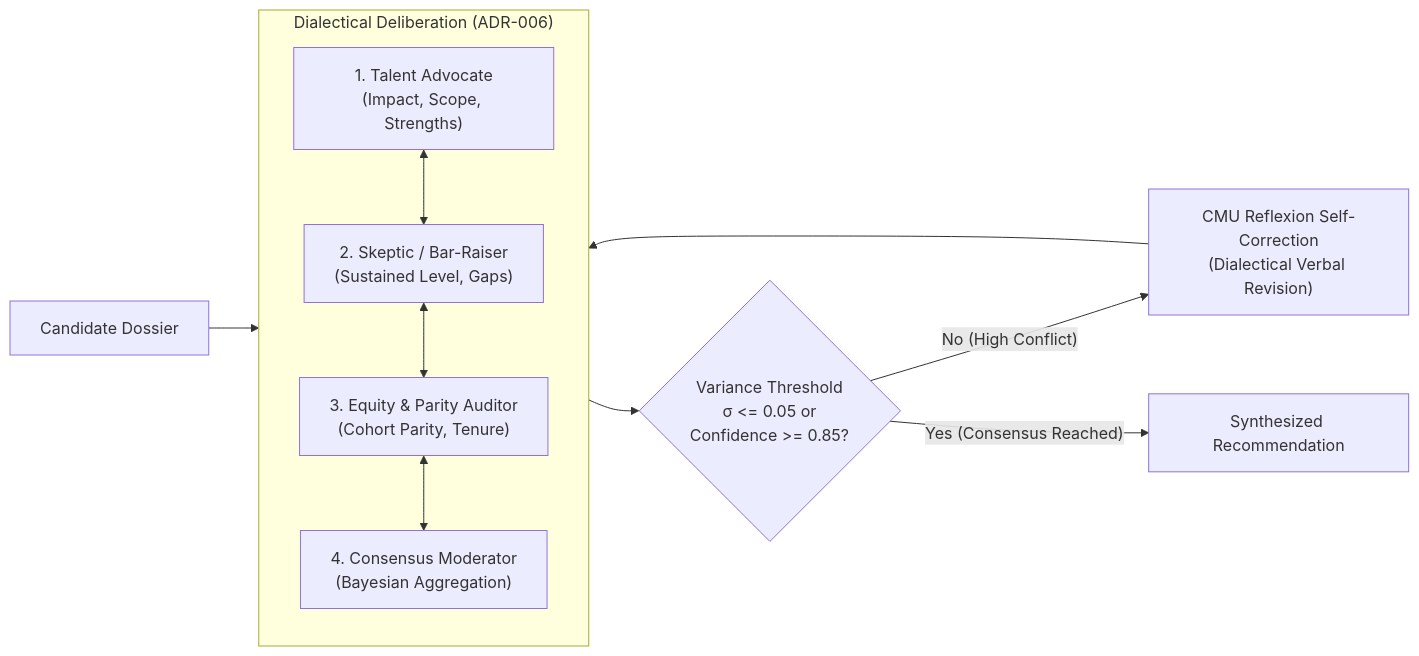
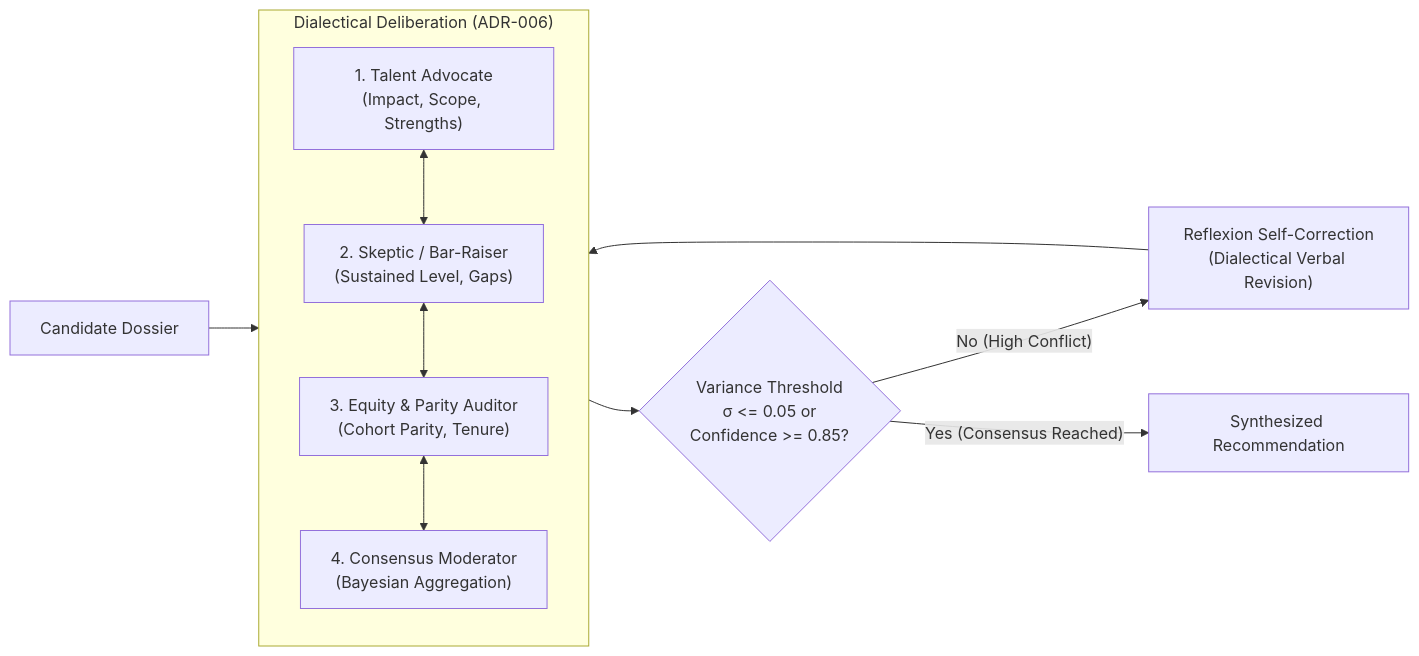
The third of 6 diagrams in docs/ARTICLES/architecting-enterprise-multi-agent-governance.md (pedrogriff/people-agent-mesh), drawn with Mermaid before and after one commit. The commit also changed other lines of this file and 16 other files, not shown here.

````diff
--- a/docs/ARTICLES/architecting-enterprise-multi-agent-governance.md
+++ b/docs/ARTICLES/architecting-enterprise-multi-agent-governance.md
@@ -211,20 +211,20 @@
 ```mermaid
 flowchart LR
     Nomination["Candidate Dossier"] --> Committee["Multi-Agent Calibration Committee"]
     
     subgraph Committee["Dialectical Deliberation (ADR-006)"]
         Advocate["1. Talent Advocate\n(Impact, Scope, Strengths)"]
         Skeptic["2. Skeptic / Bar-Raiser\n(Sustained Level, Gaps)"]
         Auditor["3. Equity & Parity Auditor\n(Cohort Parity, Tenure)"]
         Moderator["4. Consensus Moderator\n(Bayesian Aggregation)"]
         
         Advocate <--> Skeptic
         Skeptic <--> Auditor
         Auditor <--> Moderator
     end
 
     Committee --> Gate{"Variance Threshold\nσ <= 0.05 or\nConfidence >= 0.85?"}
-    Gate -- "No (High Conflict)" --> Reflexion["CMU Reflexion Self-Correction\n(Dialectical Verbal Revision)"]
+    Gate -- "No (High Conflict)" --> Reflexion["Reflexion Self-Correction\n(Dialectical Verbal Revision)"]
     Reflexion --> Committee
     Gate -- "Yes (Consensus Reached)" --> Approved["Synthesized Recommendation"]
 ```
````
